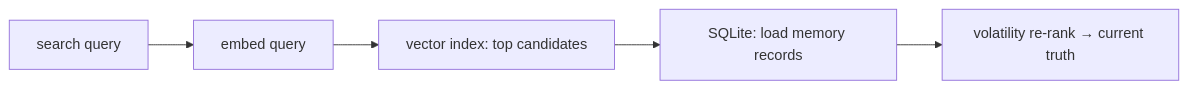
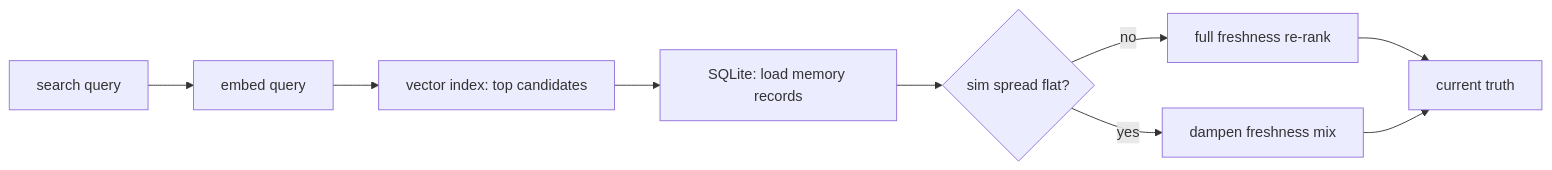
The diagram in README.md (Rouche01/voltmem), drawn with Mermaid before and after one commit. The commit also changed other lines of this file and 2 other files, not shown here.

Commit message:
Release v0.2.2 — adaptive retrieval mix and prior calibration telemetry

````diff
--- a/README.md
+++ b/README.md
@@ -88,7 +106,11 @@
 ```mermaid
 flowchart LR
   Q[search query] --> E[embed query]
   E --> V[vector index: top candidates]
   V --> S[SQLite: load memory records]
-  S --> R[volatility re-rank → current truth]
+  S --> P{sim spread flat?}
+  P -->|no| R[full freshness re-rank]
+  P -->|yes| D[dampen freshness mix]
+  R --> T[current truth]
+  D --> T
 ```
````
